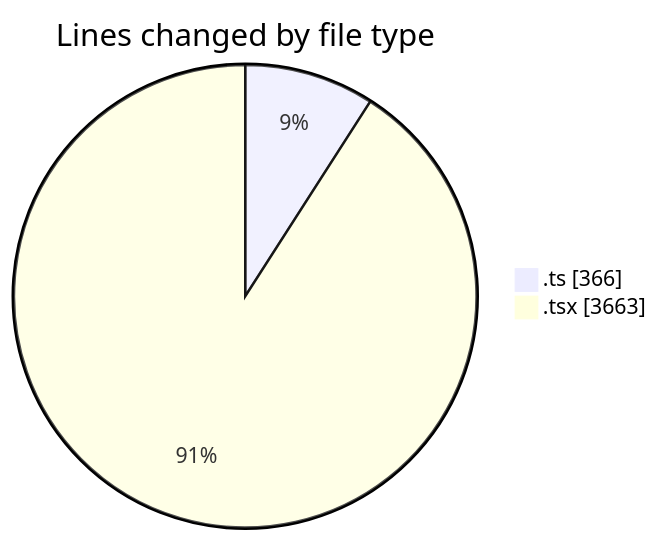
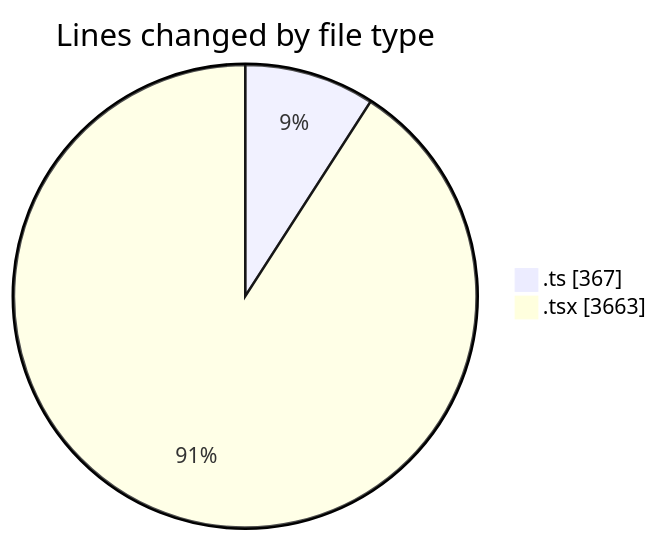
The first of 2 diagrams in 2026-01-28/nxtqube_webapp/README.md (nxtqubesakshisongat/code-tracking), drawn with Mermaid before and after one commit. The commit also changed other lines of this file and 1 other file, not shown here.

````diff
--- a/2026-01-28/nxtqube_webapp/README.md
+++ b/2026-01-28/nxtqube_webapp/README.md
@@ -35,6 +35,6 @@
 ```mermaid
 pie showData
 title Lines changed by file type
-".ts" : 366
+".ts" : 367
 ".tsx" : 3663
 ```
````
